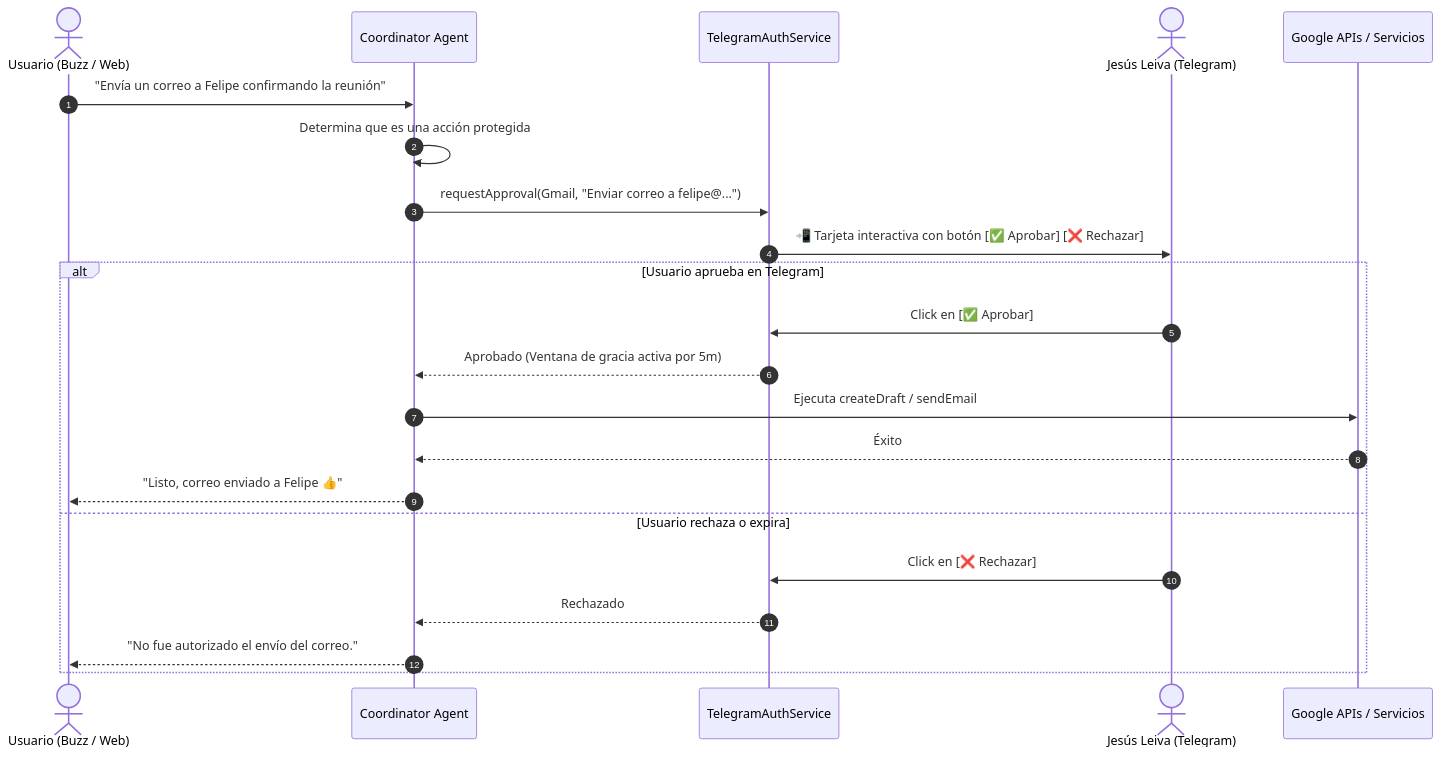
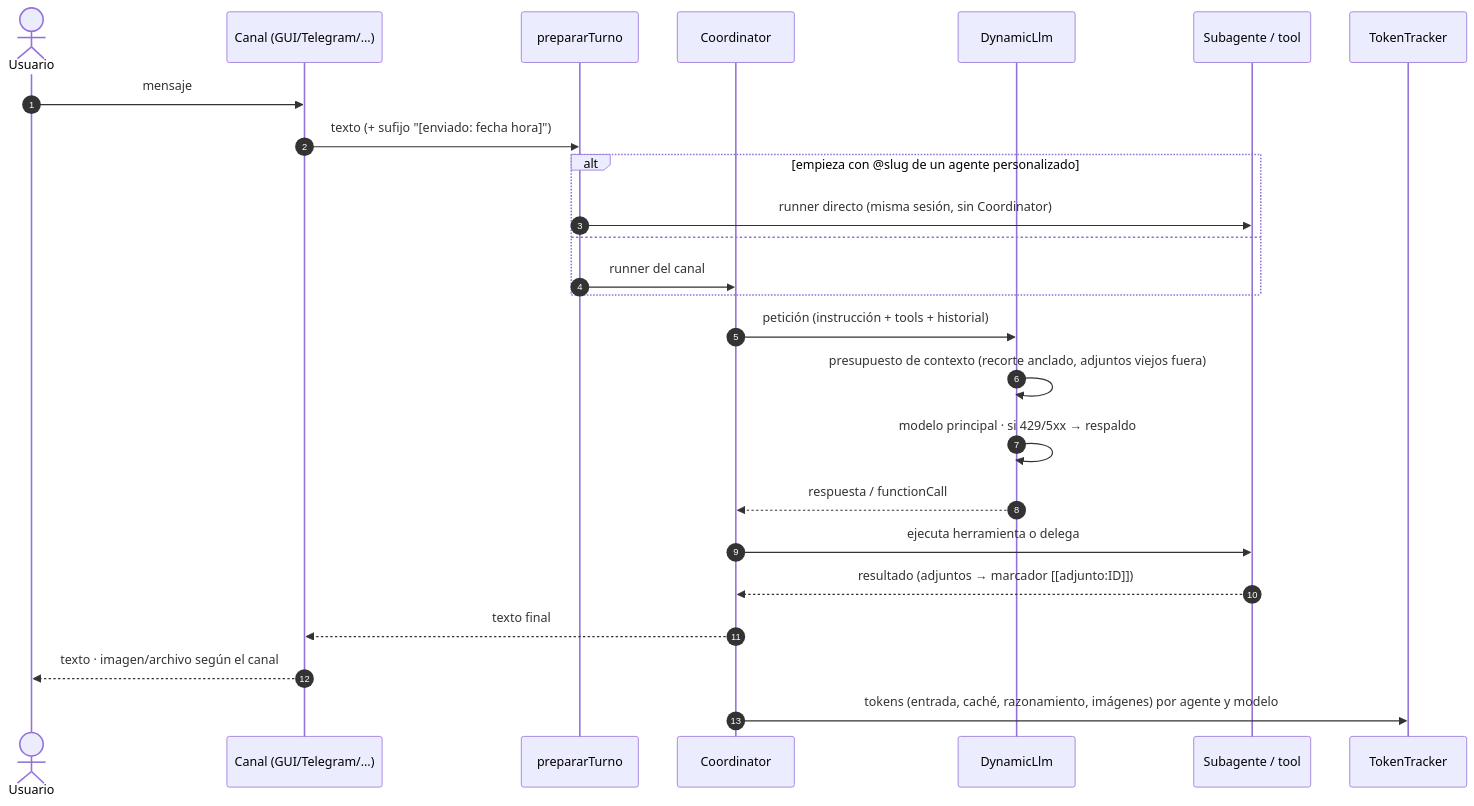
One commit to JesusMaster/leygo-agent changed the second of 4 diagrams in README.md. Above: the diagram before and after it, drawn with Mermaid. The commit also changed other lines of this file and 2 other files, not shown here.

First line of the commit message:
docs: README al día (arquitectura, canales, self agents, adjuntos, compromisos, costos, respaldo) y .gitignore/.env.example

````diff
--- a/README.md
+++ b/README.md
@@ -95,26 +114,28 @@
 ```mermaid
 sequenceDiagram
     autonumber
-    actor Usuario as Usuario (Buzz / Web)
-    participant Coord as Coordinator Agent
-    participant TgAuth as TelegramAuthService
-    actor Jesus as Jesús Leiva (Telegram)
-    participant Google as Google APIs / Servicios
+    actor U as Usuario
+    participant Ch as Canal (GUI/Telegram/…)
+    participant P as prepararTurno
+    participant C as Coordinator
+    participant L as DynamicLlm
+    participant S as Subagente / tool
+    participant T as TokenTracker
 
-    Usuario->>Coord: "Envía un correo a Felipe confirmando la reunión"
-    Coord->>Coord: Determina que es una acción protegida
-    Coord->>TgAuth: requestApproval(Gmail, "Enviar correo a felipe@...")
-    TgAuth->>Jesus: 📲 Tarjeta interactiva con botón [✅ Aprobar] [❌ Rechazar]
-    
-    alt Usuario aprueba en Telegram
-        Jesus->>TgAuth: Click en [✅ Aprobar]
-        TgAuth-->>Coord: Aprobado (Ventana de gracia activa por 5m)
-        Coord->>Google: Ejecuta createDraft / sendEmail
-        Google-->>Coord: Éxito
-        Coord-->>Usuario: "Listo, correo enviado a Felipe 👍"
-    else Usuario rechaza o expira
-        Jesus->>TgAuth: Click en [❌ Rechazar]
-        TgAuth-->>Coord: Rechazado
-        Coord-->>Usuario: "No fue autorizado el envío del correo."
+    U->>Ch: mensaje
+    Ch->>P: texto (+ sufijo "[enviado: fecha hora]")
+    alt empieza con @slug de un agente personalizado
+        P->>S: runner directo (misma sesión, sin Coordinator)
+    else
+        P->>C: runner del canal
     end
+    C->>L: petición (instrucción + tools + historial)
+    L->>L: presupuesto de contexto (recorte anclado, adjuntos viejos fuera)
+    L->>L: modelo principal · si 429/5xx → respaldo
+    L-->>C: respuesta / functionCall
+    C->>S: ejecuta herramienta o delega
+    S-->>C: resultado (adjuntos → marcador [[adjunto:ID]])
+    C-->>Ch: texto final
+    Ch-->>U: texto · imagen/archivo según el canal
+    C->>T: tokens (entrada, caché, razonamiento, imágenes) por agente y modelo
 ```
````
